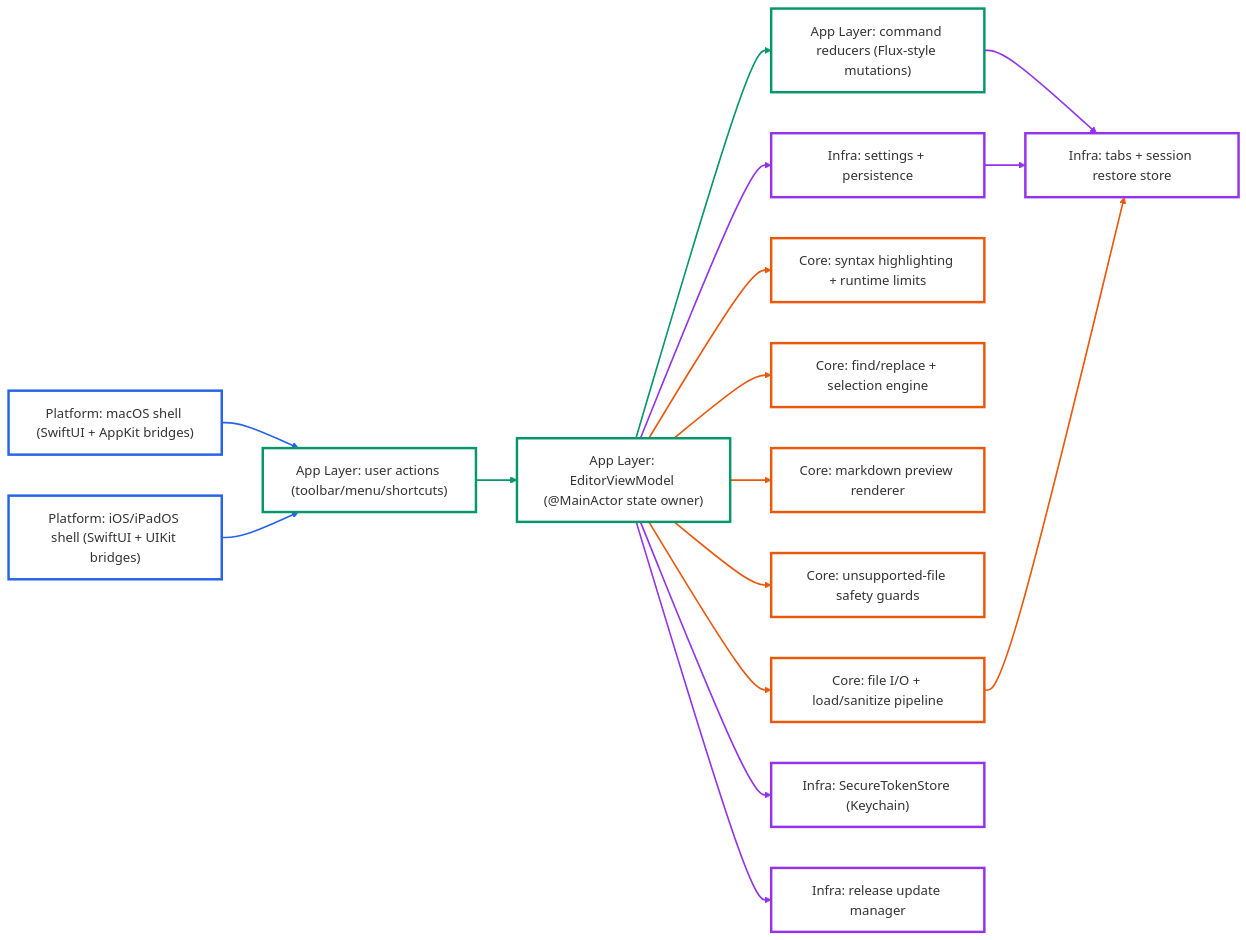
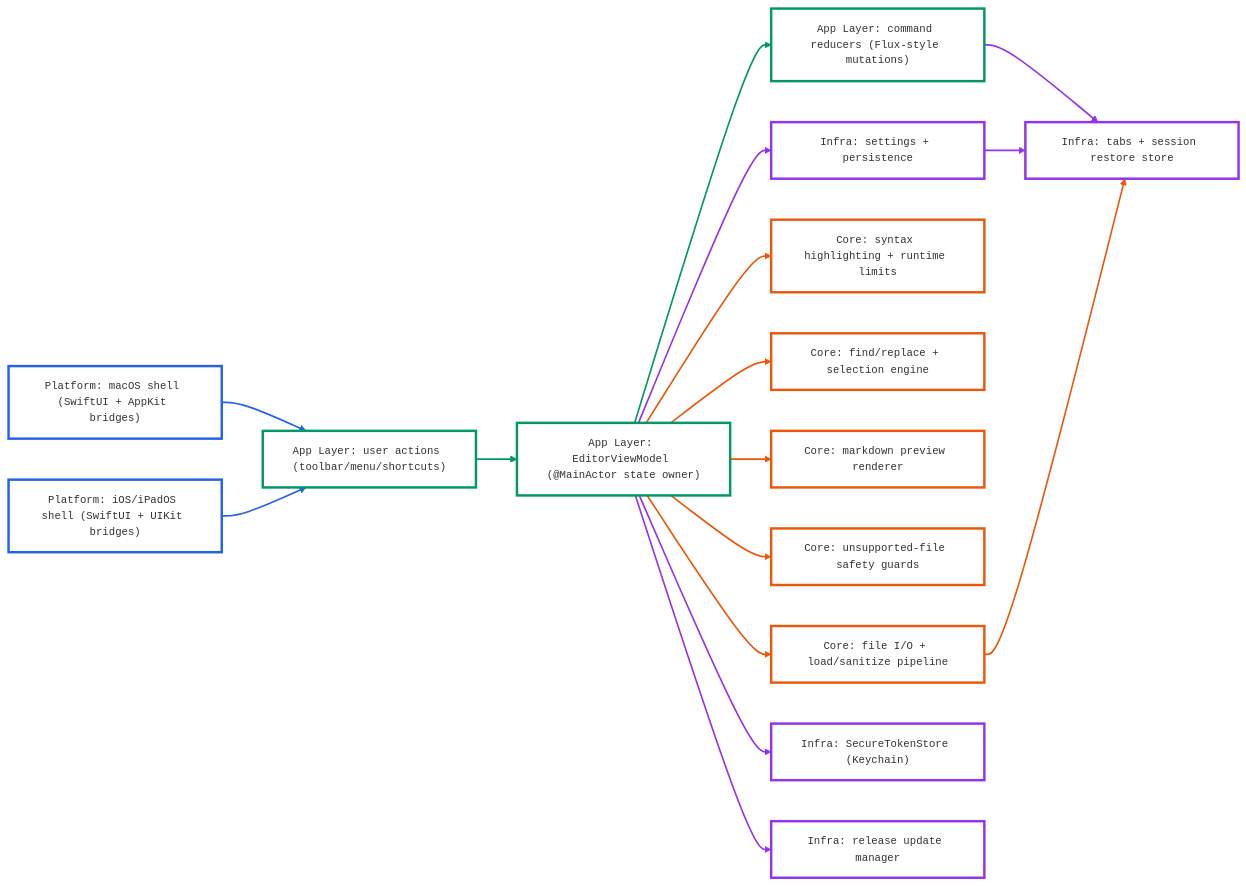
Before and after one commit to h3pdesign/Neon-Vision-Editor: the diagram in README.md, drawn with Mermaid. The commit also changed other lines of this file and 1 other file, not shown here.

````diff
--- a/README.md
+++ b/README.md
@@ -264,48 +264,48 @@
 ```mermaid
 flowchart LR
   Mac["Platform: macOS shell (SwiftUI + AppKit bridges)"]
   IOS["Platform: iOS/iPadOS shell (SwiftUI + UIKit bridges)"]
   ACT["App Layer: user actions (toolbar/menu/shortcuts)"]
   VM["App Layer: EditorViewModel (@MainActor state owner)"]
   CMD["App Layer: command reducers (Flux-style mutations)"]
   IO["Core: file I/O + load/sanitize pipeline"]
   HL["Core: syntax highlighting + runtime limits"]
   FIND["Core: find/replace + selection engine"]
   PREV["Core: markdown preview renderer"]
   SAFE["Core: unsupported-file safety guards"]
   STORE["Infra: tabs + session restore store"]
   PREFS["Infra: settings + persistence"]
   SEC["Infra: SecureTokenStore (Keychain)"]
   UPD["Infra: release update manager"]
 
   Mac --> ACT
   IOS --> ACT
   ACT --> VM
   VM --> CMD
   CMD --> STORE
   VM --> IO
   VM --> HL
   VM --> FIND
   VM --> PREV
   VM --> SAFE
   VM --> PREFS
   VM --> UPD
   PREFS --> STORE
   IO --> STORE
   VM --> SEC
 
-  classDef platform stroke:#2563EB,stroke-width:3px,fill:transparent;
-  classDef app stroke:#059669,stroke-width:3px,fill:transparent;
-  classDef core stroke:#EA580C,stroke-width:3px,fill:transparent;
-  classDef infra stroke:#9333EA,stroke-width:3px,fill:transparent;
+  classDef platform stroke:#2563EB,stroke-width:3px,fill:transparent,font-family:ui-monospace\, SFMono-Regular\, Menlo\, Monaco\, Consolas\, Liberation Mono\, monospace,font-size:13px;
+  classDef app stroke:#059669,stroke-width:3px,fill:transparent,font-family:ui-monospace\, SFMono-Regular\, Menlo\, Monaco\, Consolas\, Liberation Mono\, monospace,font-size:13px;
+  classDef core stroke:#EA580C,stroke-width:3px,fill:transparent,font-family:ui-monospace\, SFMono-Regular\, Menlo\, Monaco\, Consolas\, Liberation Mono\, monospace,font-size:13px;
+  classDef infra stroke:#9333EA,stroke-width:3px,fill:transparent,font-family:ui-monospace\, SFMono-Regular\, Menlo\, Monaco\, Consolas\, Liberation Mono\, monospace,font-size:13px;
 
   class Mac,IOS platform;
   class ACT,VM,CMD app;
   class IO,HL,FIND,PREV,SAFE core;
   class STORE,PREFS,SEC,UPD infra;
 
   linkStyle 0,1 stroke:#2563EB,stroke-width:2px;
   linkStyle 2,3 stroke:#059669,stroke-width:2px;
   linkStyle 5,6,7,8,9,13 stroke:#EA580C,stroke-width:2px;
   linkStyle 4,10,11,12,14 stroke:#9333EA,stroke-width:2px;
 ```
````
